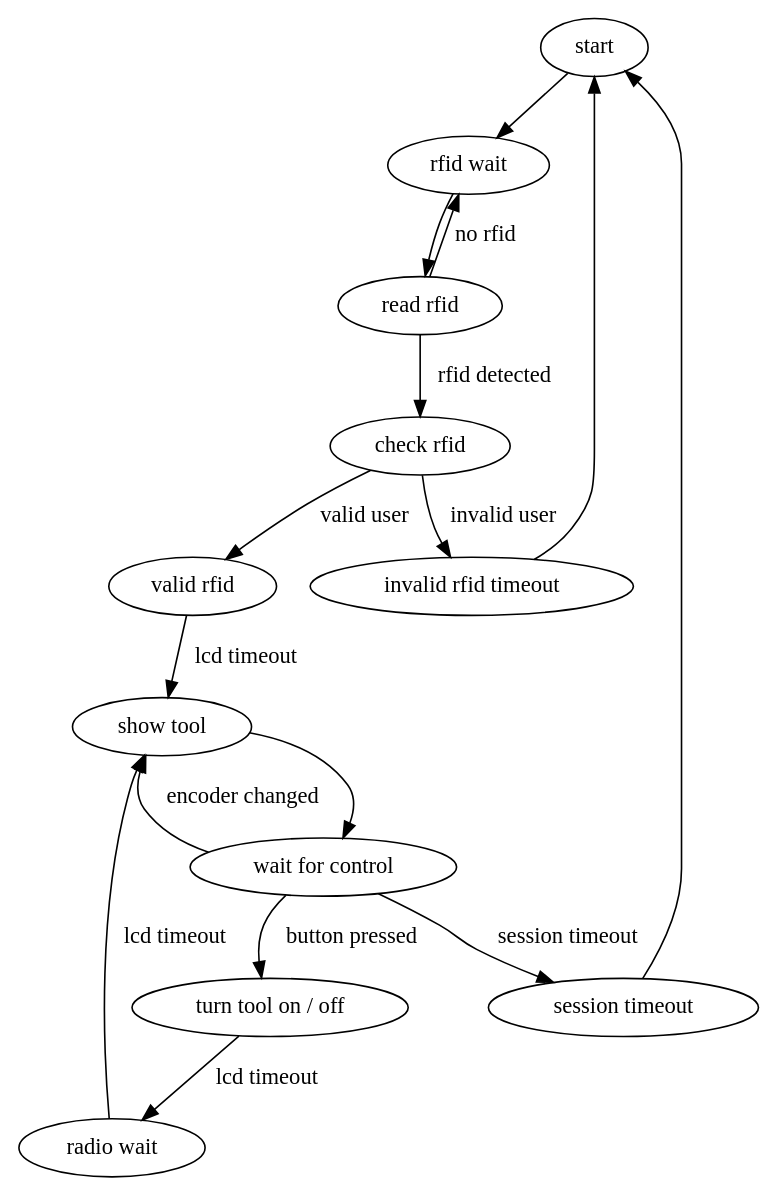
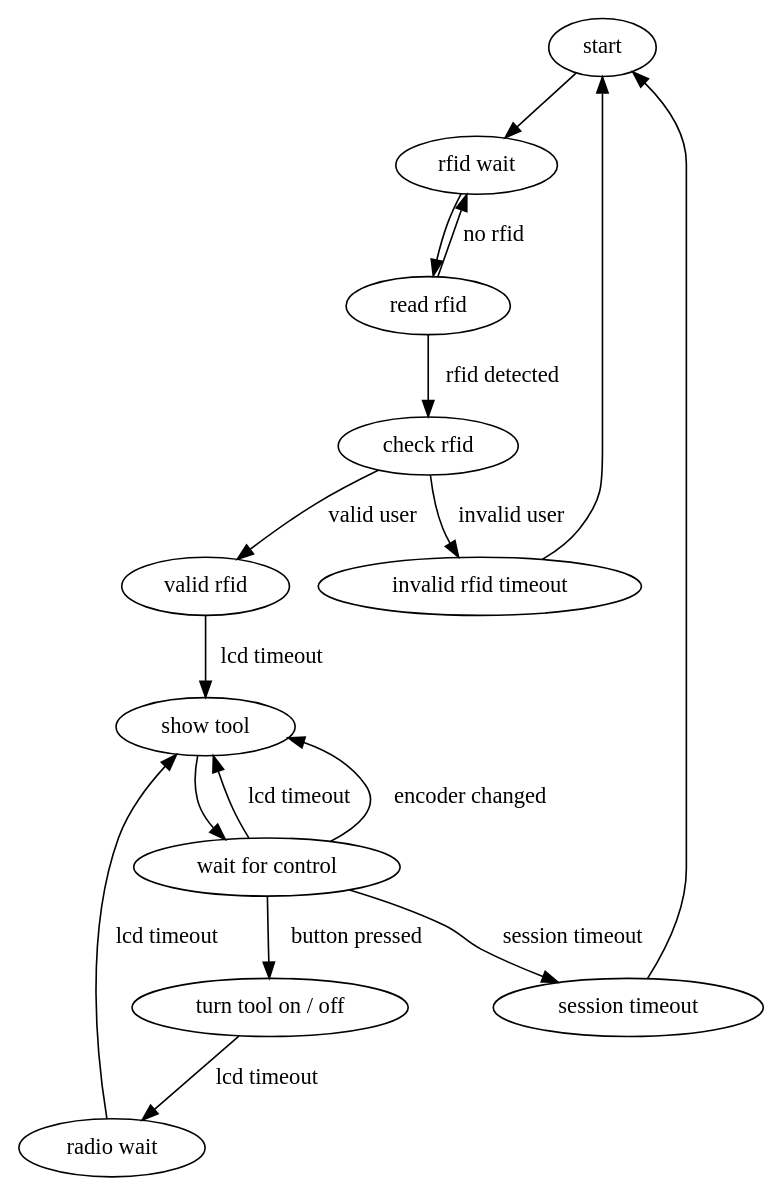
Before and after one commit to mattvenn/hackspace-power-controller: the diagram in software/power_controller/fsm.dot, drawn with Graphviz. The commit also changed 1 other file, not shown here.

Commit message:
turning off strict got extra line in state diagram

```diff
--- a/software/power_controller/fsm.dot
+++ b/software/power_controller/fsm.dot
@@ -1,35 +1,35 @@
-strict digraph G {
+digraph G {
     start;
     read_rfid[label="read rfid"];
     rfid_wait[label="rfid wait"];
     check_rfid[label="check rfid"];
     rfid_valid[label="valid rfid"];
     rfid_invalid[label="invalid rfid timeout"];
     wait_control[label="wait for control"];
     lcd_show_tool[label="show tool"];
     timeout[label="session timeout"];
     turn_on_off[label="turn tool on / off"];
     wait_radio[label="radio wait"];
 
     start -> rfid_wait;
     rfid_wait -> read_rfid;
     read_rfid -> rfid_wait[label="no rfid"]
     read_rfid -> check_rfid[label="rfid detected"]
 
     check_rfid -> rfid_valid[label="valid user"];
     check_rfid -> rfid_invalid[label="invalid user"];
 
     rfid_invalid -> start;
 
     rfid_valid -> lcd_show_tool[label="lcd timeout"];
 
     lcd_show_tool -> wait_control
     wait_control -> lcd_show_tool[label="lcd timeout"]
     wait_control -> lcd_show_tool[label="encoder changed"]
     wait_control -> timeout[label="session timeout"]
     timeout -> start
 
     wait_control -> turn_on_off[label="button pressed"];
     turn_on_off -> wait_radio[label="lcd timeout"];
     wait_radio -> lcd_show_tool[label="lcd timeout"];
 }
```
